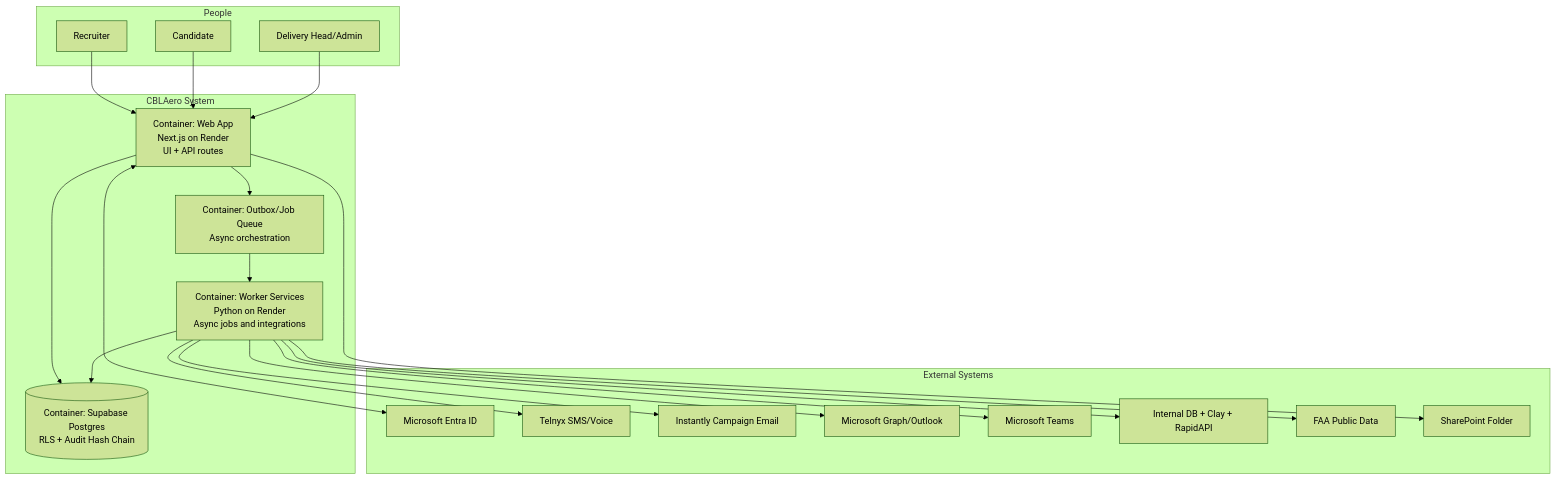
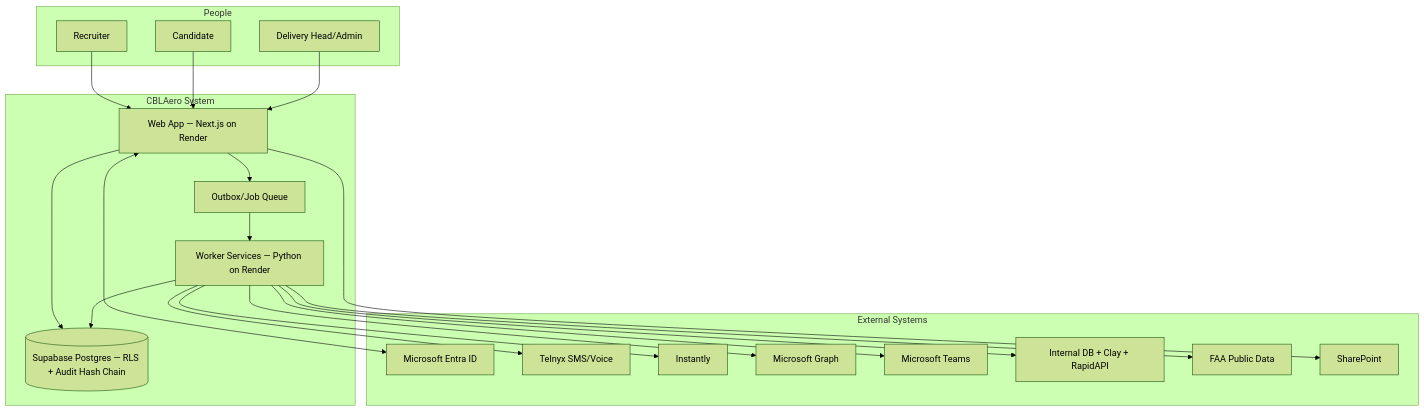
The first of 5 diagrams in _bmad-output/architecture.md (vivek-dataskate/CBLAeroApp), drawn with Mermaid (forest theme) before and after one commit. The commit also changed other lines of this file and 14 other files, not shown here.

Commit message:
docs(condense): shrink canonical docs ~49%, consolidate schema.sql from live DB, merge UI standards

````diff
--- a/_bmad-output/architecture.md
+++ b/_bmad-output/architecture.md
@@ -544,45 +270,39 @@
 ```mermaid
 flowchart TB
   subgraph People
     Recruiter[Recruiter]
     Candidate[Candidate]
     Admin[Delivery Head/Admin]
   end
-
   subgraph CBL[CBLAero System]
-    Web[Container: Web App\nNext.js on Render\nUI + API routes]
-    Worker[Container: Worker Services\nPython on Render\nAsync jobs and integrations]
-    Data[(Container: Supabase Postgres\nRLS + Audit Hash Chain)]
-    Queue[Container: Outbox/Job Queue\nAsync orchestration]
+    Web[Web App — Next.js on Render]
+    Worker[Worker Services — Python on Render]
+    Data[(Supabase Postgres — RLS + Audit Hash Chain)]
+    Queue[Outbox/Job Queue]
   end
-
   subgraph Ext[External Systems]
     Entra[Microsoft Entra ID]
     Telnyx[Telnyx SMS/Voice]
-    Instantly[Instantly Campaign Email]
-    Graph[Microsoft Graph/Outlook]
+    Instantly[Instantly]
+    Graph[Microsoft Graph]
     Teams[Microsoft Teams]
     Enrich[Internal DB + Clay + RapidAPI]
     FAA[FAA Public Data]
-    SP[SharePoint Folder]
+    SP[SharePoint]
   end
-
   Recruiter --> Web
   Candidate --> Web
   Admin --> Web
-
   Web <--> Entra
   Web --> Data
   Web --> Queue
   Queue --> Worker
   Worker --> Data
-
   Worker --> Telnyx
   Worker --> Instantly
   Worker --> Graph
   Worker --> Teams
   Worker --> Enrich
   Worker --> FAA
-
   Web --> SP
 ```
````
